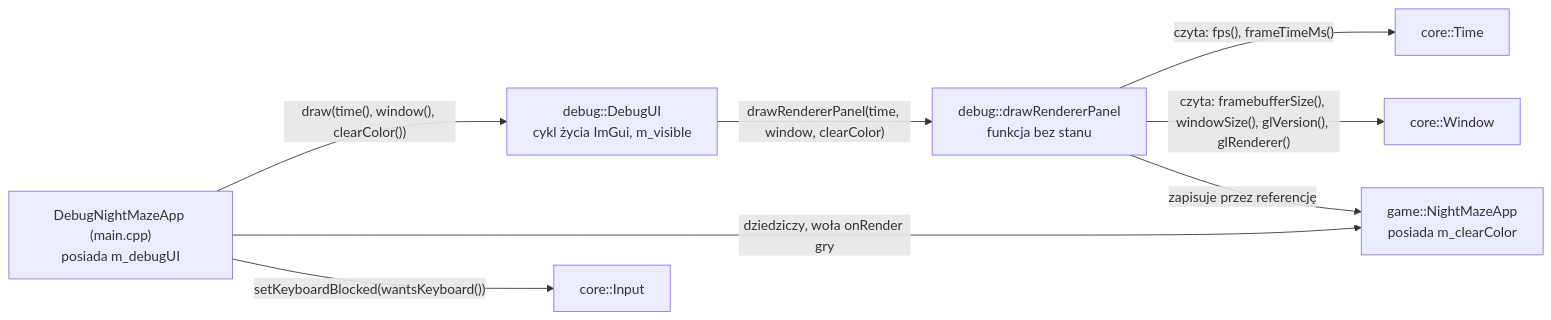
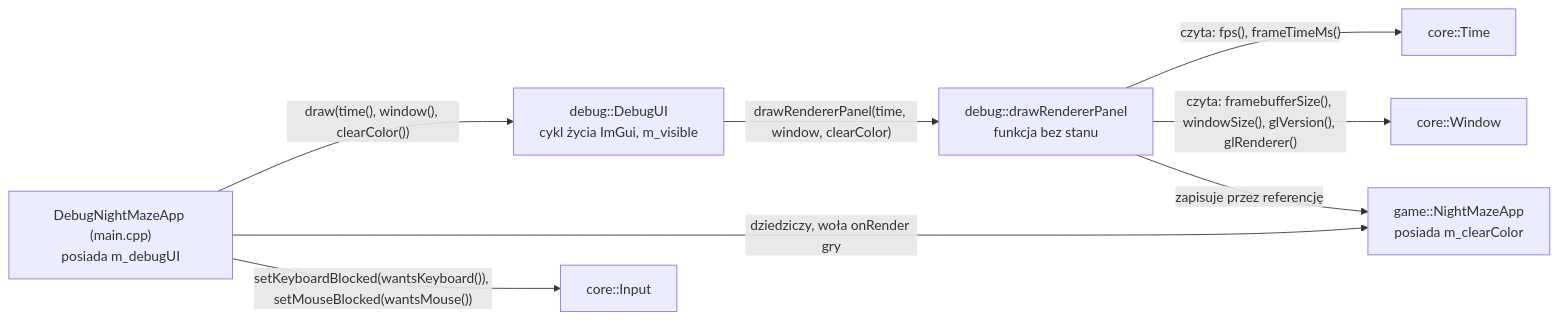
The second of 2 diagrams in docs/modules/debug-ui.md (Shironex/night-maze), drawn with Mermaid before and after one commit. The commit also changed other lines of this file and 16 other files, not shown here.

First line of the commit message:
feat(core): add mouse input and a mouse blocked flag

````diff
--- a/docs/modules/debug-ui.md
+++ b/docs/modules/debug-ui.md
@@ -150,10 +151,10 @@
 ```mermaid
 flowchart LR
     Main["DebugNightMazeApp (main.cpp)<br/>posiada m_debugUI"] -->|"draw(time(), window(), clearColor())"| UI["debug::DebugUI<br/>cykl życia ImGui, m_visible"]
     Main -->|"dziedziczy, woła onRender gry"| Game["game::NightMazeApp<br/>posiada m_clearColor"]
-    Main -->|"setKeyboardBlocked(wantsKeyboard())"| In["core::Input"]
+    Main -->|"setKeyboardBlocked(wantsKeyboard()), setMouseBlocked(wantsMouse())"| In["core::Input"]
     UI -->|"drawRendererPanel(time, window, clearColor)"| Panel["debug::drawRendererPanel<br/>funkcja bez stanu"]
     Panel -->|"czyta: fps(), frameTimeMs()"| Time["core::Time"]
     Panel -->|"czyta: framebufferSize(), windowSize(), glVersion(), glRenderer()"| Win["core::Window"]
     Panel -->|"zapisuje przez referencję"| Game
 ```
````
